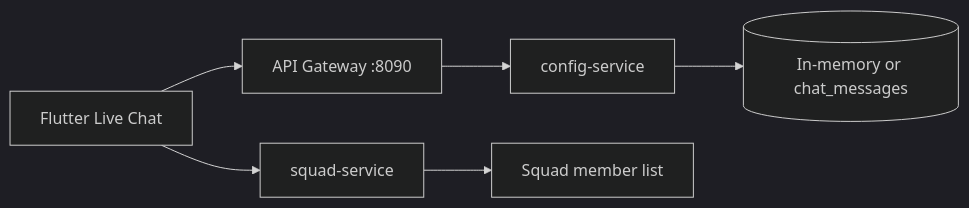
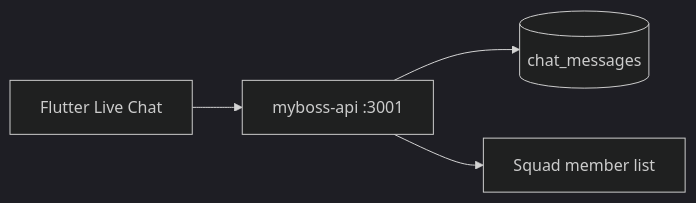
One commit to areejobaid17894-blip/myboss-platform changed the diagram in docs/api/CHAT_API.md. Above: the diagram before and after it, drawn with Mermaid (dark theme). The commit also changed other lines of this file and 70 other files, not shown here.

````diff
--- a/docs/api/CHAT_API.md
+++ b/docs/api/CHAT_API.md
@@ -21,8 +21,6 @@
 ```mermaid
 flowchart LR
-  Mobile[Flutter Live Chat] --> Gateway[API Gateway :8090]
-  Gateway --> Config[config-service]
-  Config --> Repo[(In-memory or chat_messages)]
-  Mobile --> Squad[squad-service]
-  Squad --> Members[Squad member list]
+  Mobile[Flutter Live Chat] --> API[myboss-api :3001]
+  API --> Repo[(chat_messages)]
+  API --> Members[Squad member list]
 ```
````
